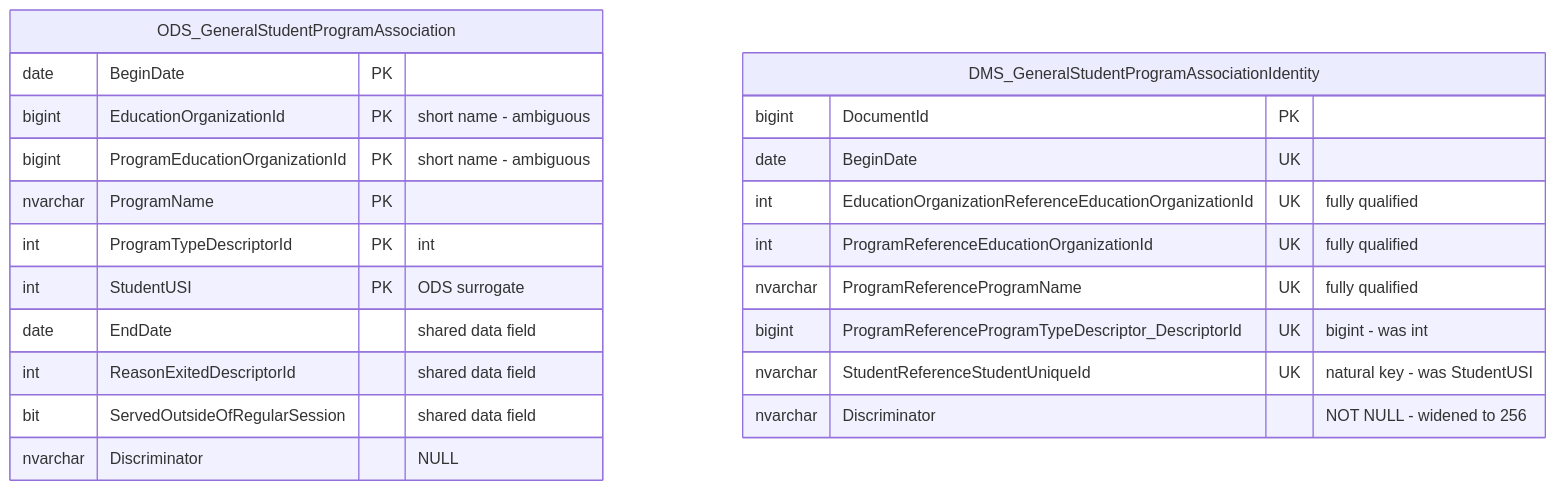
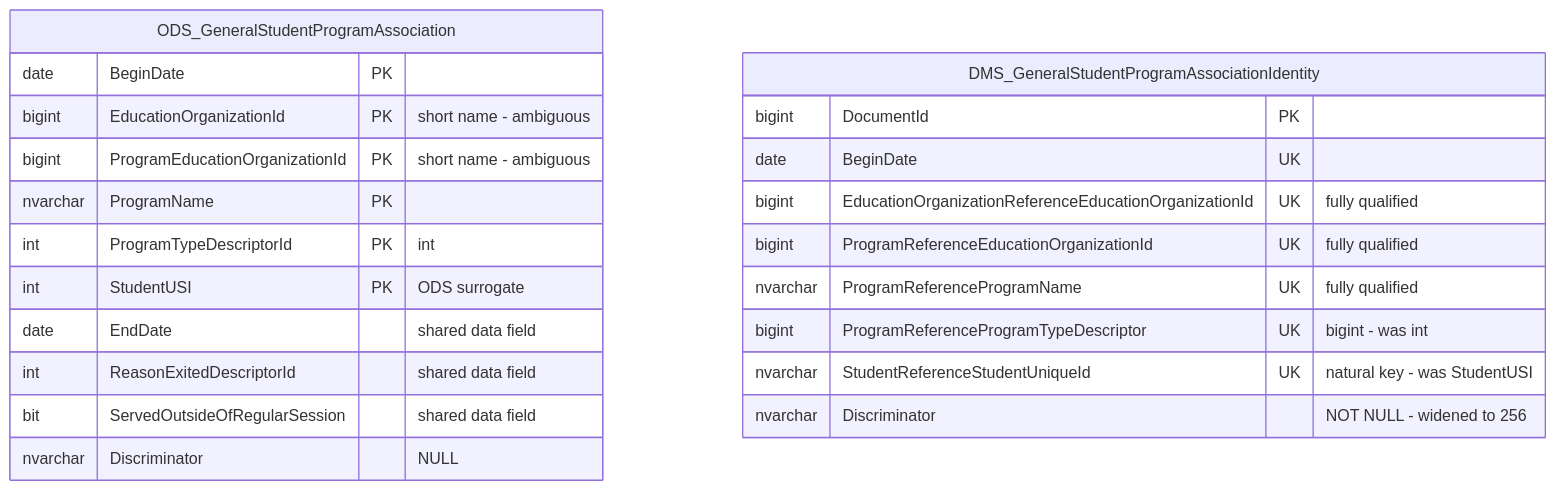
The eighth of 10 diagrams in blog/2026-03-25.md (Ed-Fi-Alliance-OSS/ed-fi-alliance-oss.github.io), drawn with Mermaid before and after one commit. The commit also changed other lines of this file, not shown here.

Commit message:
Update DMS relational backend post to match current schema

````diff
--- a/blog/2026-03-25.md
+++ b/blog/2026-03-25.md
@@ -341,26 +378,26 @@
 ```mermaid
 erDiagram
     ODS_GeneralStudentProgramAssociation {
         date BeginDate PK
         bigint EducationOrganizationId PK "short name - ambiguous"
         bigint ProgramEducationOrganizationId PK "short name - ambiguous"
         nvarchar ProgramName PK
         int ProgramTypeDescriptorId PK "int"
         int StudentUSI PK "ODS surrogate"
         date EndDate "shared data field"
         int ReasonExitedDescriptorId "shared data field"
         bit ServedOutsideOfRegularSession "shared data field"
         nvarchar Discriminator "NULL"
     }
 
     DMS_GeneralStudentProgramAssociationIdentity {
         bigint DocumentId PK
         date BeginDate UK
-        int EducationOrganizationReferenceEducationOrganizationId UK "fully qualified"
-        int ProgramReferenceEducationOrganizationId UK "fully qualified"
+        bigint EducationOrganizationReferenceEducationOrganizationId UK "fully qualified"
+        bigint ProgramReferenceEducationOrganizationId UK "fully qualified"
         nvarchar ProgramReferenceProgramName UK "fully qualified"
-        bigint ProgramReferenceProgramTypeDescriptor_DescriptorId UK "bigint - was int"
+        bigint ProgramReferenceProgramTypeDescriptor UK "bigint - was int"
         nvarchar StudentReferenceStudentUniqueId UK "natural key - was StudentUSI"
         nvarchar Discriminator "NOT NULL - widened to 256"
     }
 ```
````
